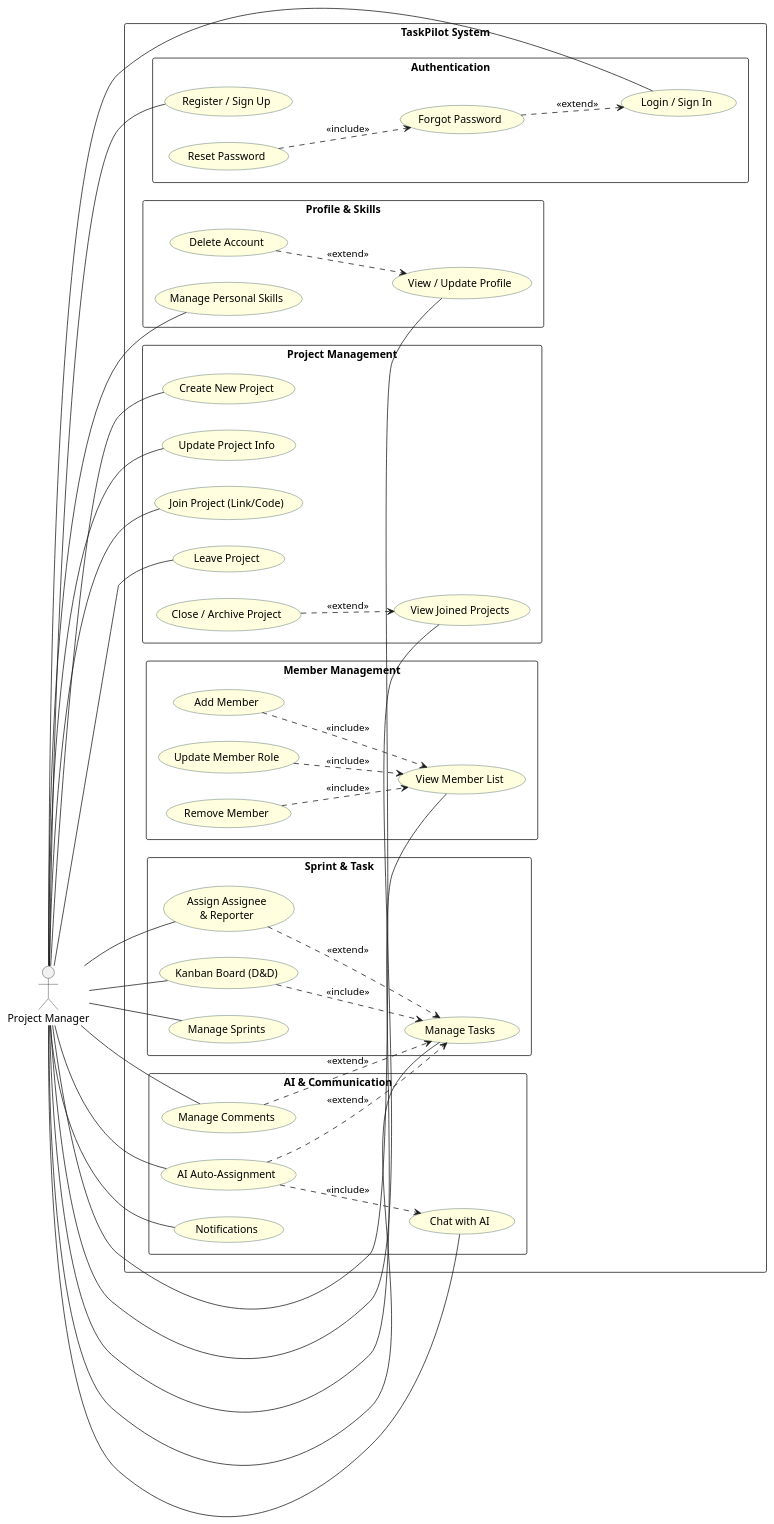
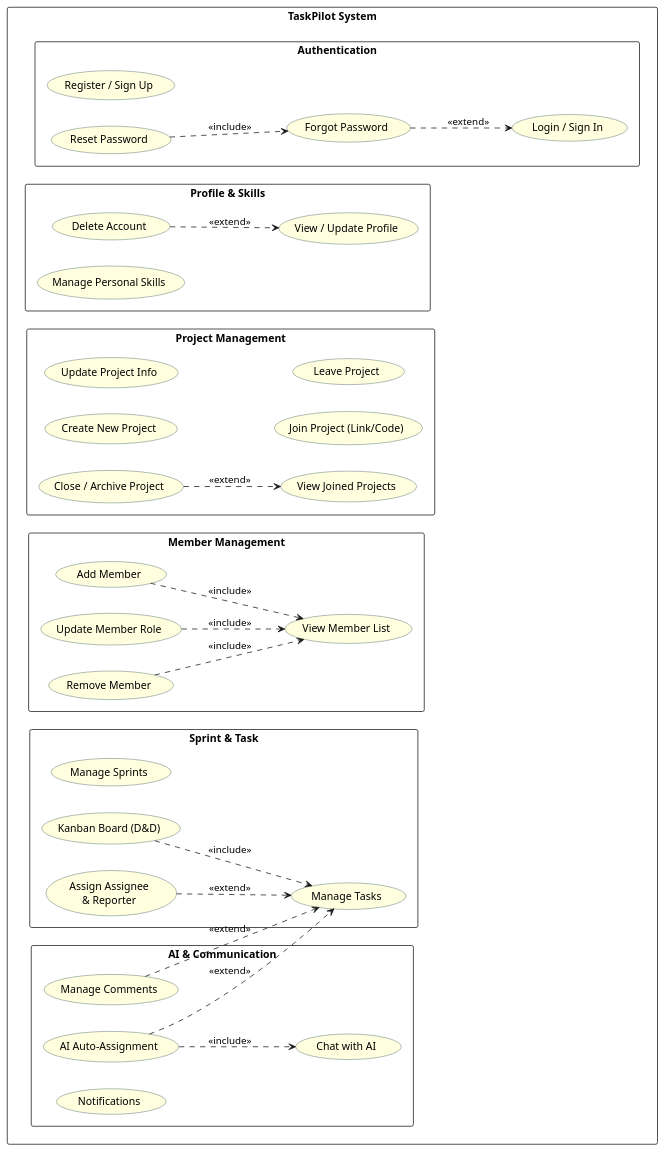
One commit to taskpilot-platform/taskpilot-platform.github.io changed the diagram in docs/docs/use-case/pm.md. Above: the diagram before and after it, drawn with PlantUML. The commit also changed 3 other files, not shown here.

````diff
--- a/docs/docs/use-case/pm.md
+++ b/docs/docs/use-case/pm.md
@@ -8,8 +8,6 @@
   BackgroundColor LightYellow
   BorderColor DarkSlateGray
 }
-
-actor "Project Manager" as PM
 
 rectangle "TaskPilot System" {
 
@@ -73,24 +71,5 @@
   UC_COMMENT ..> UC_TASK : <<extend>>
 }
 
-PM -- UC_LOGIN
-PM -- UC_REG
-PM -- UC_PROFILE
-PM -- UC_SKILLS
-PM -- UC_CREATE_P
-PM -- UC_VIEW_P
-PM -- UC_UPDATE_P
-PM -- UC_JOIN_P
-PM -- UC_LEAVE_P
-PM -- UC_VIEW_M
-PM -- UC_SPRINT
-PM -- UC_TASK
-PM -- UC_KANBAN
-PM -- UC_ASSIGN
-PM -- UC_CHAT
-PM -- UC_AI
-PM -- UC_COMMENT
-PM -- UC_NOTI
-
 @enduml
 ```
````
